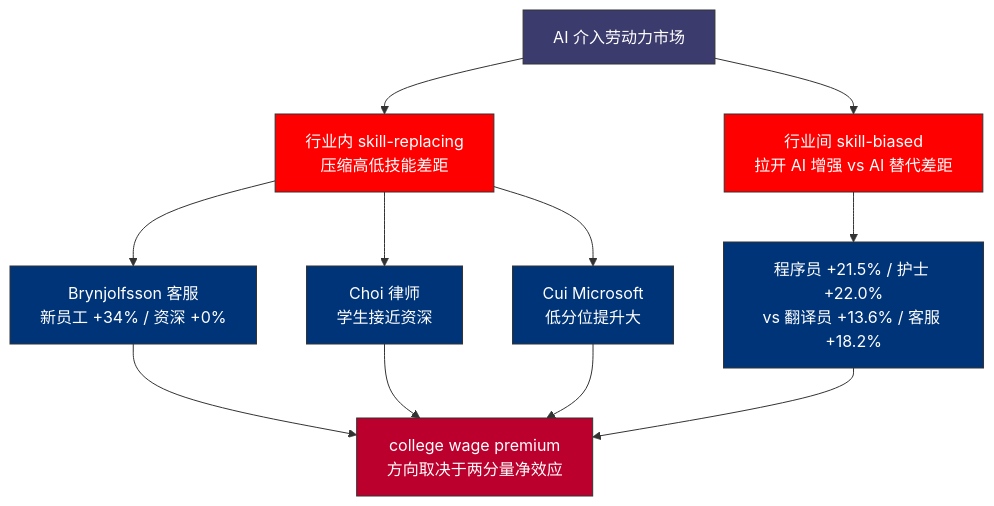
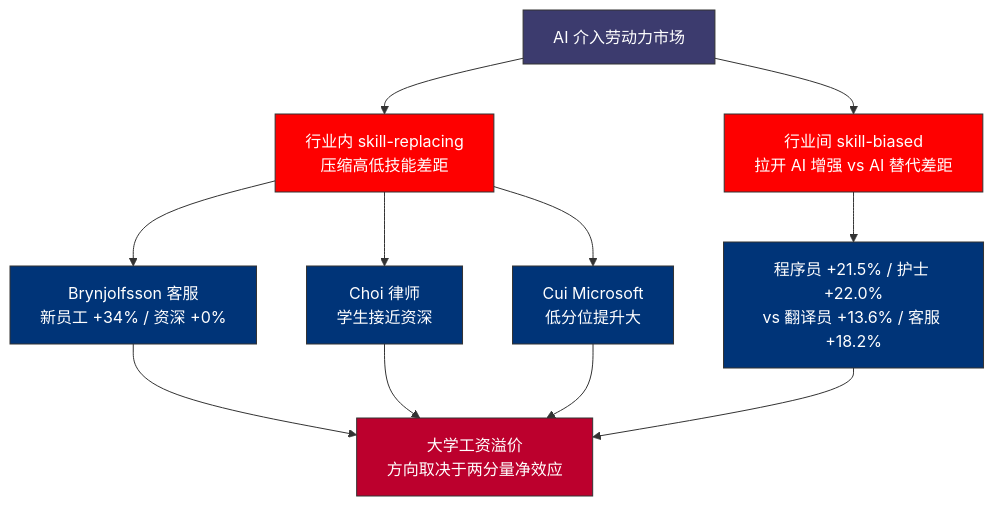
The fifth of 5 diagrams in book/26-human-capital/README.md (diguike/book-compute-economics), drawn with Mermaid before and after one commit. The commit also changed other lines of this file and 14 other files, not shown here.

Commit message:
book/03-31: 全书英文黑话中文化 — niche→细分市场/环节、takeaway→要点、benchmark→基准测试、know-how→技术诀窍、backlog→在手订单、college wage premium→大学工资溢价、footprint→产能占用 等（保留评测/数据源专名、英文引语、双语术语首现）；ch08 补 InfiniBand 一句话定义 + 飞书 15 章同步回填 last_synced

````diff
--- a/book/26-human-capital/README.md
+++ b/book/26-human-capital/README.md
@@ -429,22 +429,22 @@
 ```mermaid
 graph TD
     AI[AI 介入劳动力市场] --> INTRA[行业内 skill-replacing<br/>压缩高低技能差距]
     AI --> INTER[行业间 skill-biased<br/>拉开 AI 增强 vs AI 替代差距]
     INTRA --> EVIDENCE1[Brynjolfsson 客服<br/>新员工 +34% / 资深 +0%]
     INTRA --> EVIDENCE2[Choi 律师<br/>学生接近资深]
     INTRA --> EVIDENCE3[Cui Microsoft<br/>低分位提升大]
     INTER --> EVIDENCE4[程序员 +21.5% / 护士 +22.0%<br/>vs 翻译员 +13.6% / 客服 +18.2%]
-    EVIDENCE1 --> PREMIUM[college wage premium<br/>方向取决于两分量净效应]
+    EVIDENCE1 --> PREMIUM[大学工资溢价<br/>方向取决于两分量净效应]
     EVIDENCE2 --> PREMIUM
     EVIDENCE3 --> PREMIUM
     EVIDENCE4 --> PREMIUM
 
     classDef start fill:#3C3B6E,stroke:#333,color:#fff
     classDef branch fill:#FE0000,stroke:#333,color:#fff
     classDef evid fill:#003478,stroke:#333,color:#fff
     classDef result fill:#BC002D,stroke:#333,color:#fff
     class AI start
     class INTRA,INTER branch
     class EVIDENCE1,EVIDENCE2,EVIDENCE3,EVIDENCE4 evid
     class PREMIUM result
 ```
````
